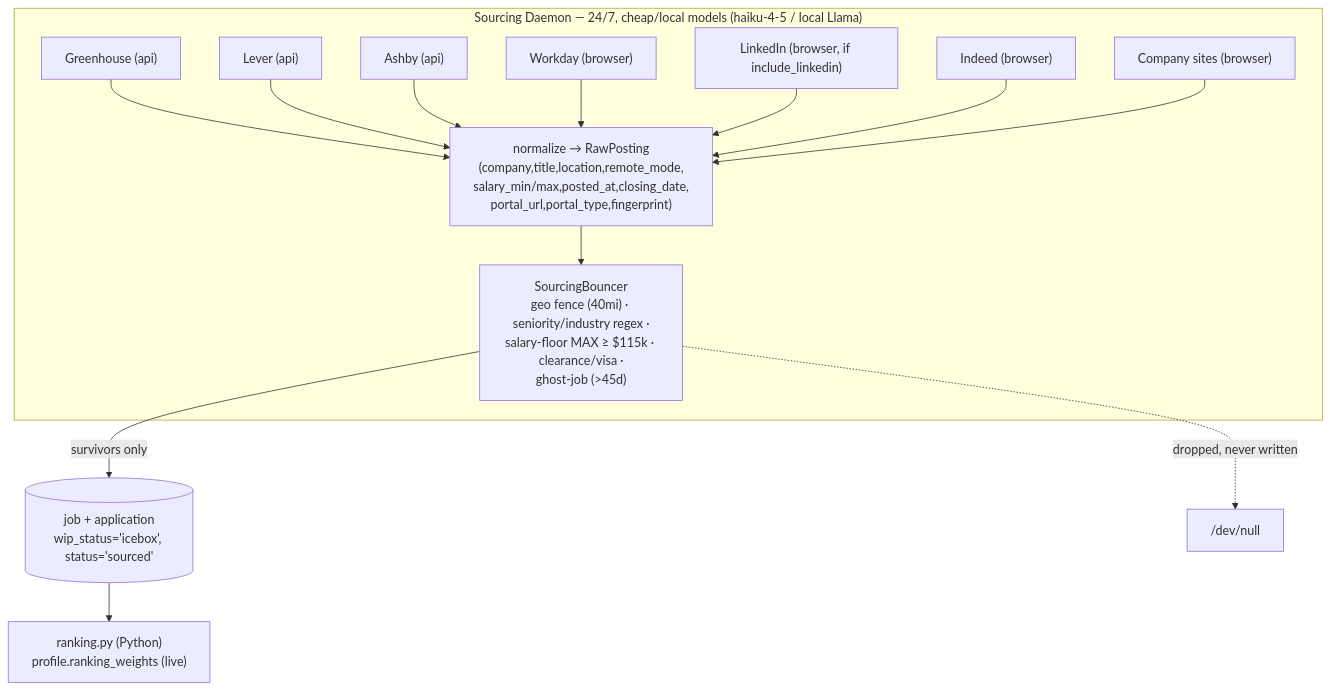
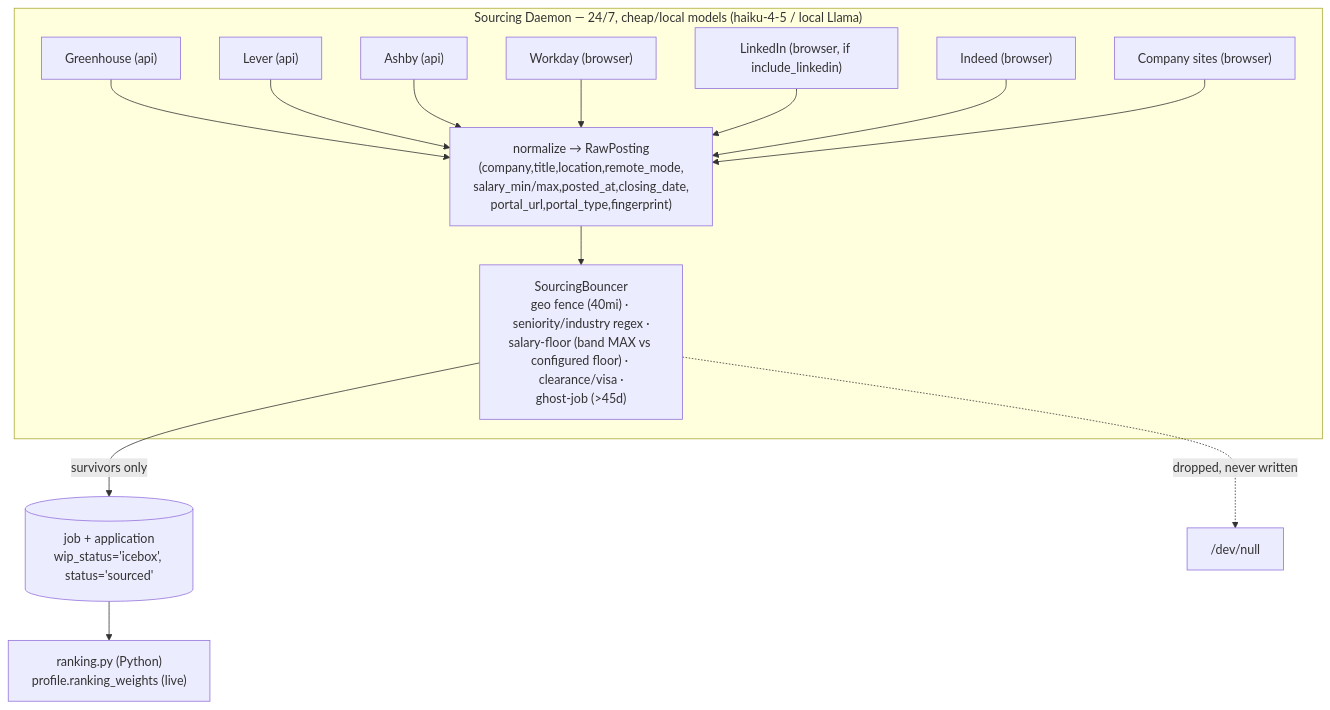
One commit to kristenmartino/aeroapply changed the second of 2 diagrams in docs/CONNECTORS.md. Above: the diagram before and after it, drawn with Mermaid. The commit also changed other lines of this file and 33 other files, not shown here.

````diff
--- a/docs/CONNECTORS.md
+++ b/docs/CONNECTORS.md
@@ -119,17 +121,17 @@
 ```mermaid
 flowchart TB
   subgraph SRC["Sourcing Daemon — 24/7, cheap/local models (haiku-4-5 / local Llama)"]
     GH["Greenhouse (api)"] --> NORM
     LV["Lever (api)"] --> NORM
     ASH["Ashby (api)"] --> NORM
     WD["Workday (browser)"] --> NORM
     LI["LinkedIn (browser, if include_linkedin)"] --> NORM
     IND["Indeed (browser)"] --> NORM
     CS["Company sites (browser)"] --> NORM
     NORM["normalize → RawPosting\n(company,title,location,remote_mode,\nsalary_min/max,posted_at,closing_date,\nportal_url,portal_type,fingerprint)"] --> BNC
-    BNC["SourcingBouncer\ngeo fence (40mi) · seniority/industry regex ·\nsalary-floor MAX ≥ $115k · clearance/visa ·\nghost-job (>45d)"]
+    BNC["SourcingBouncer\ngeo fence (40mi) · seniority/industry regex ·\nsalary-floor (band MAX vs configured floor) · clearance/visa ·\nghost-job (>45d)"]
   end
   BNC -->|survivors only| ICE[("job + application\nwip_status='icebox', status='sourced'")]
   BNC -. dropped, never written .-> X["/dev/null"]
   ICE --> RANK["ranking.py (Python)\nprofile.ranking_weights (live)"]
 ```
````
